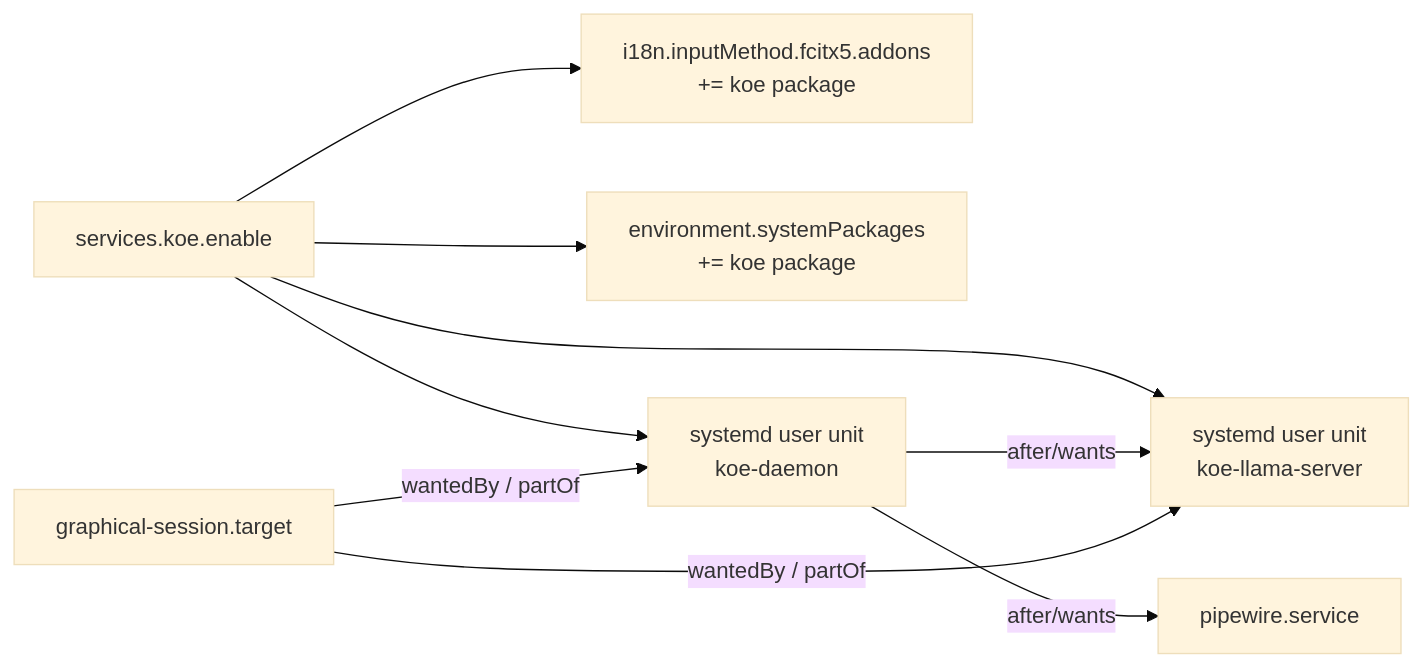
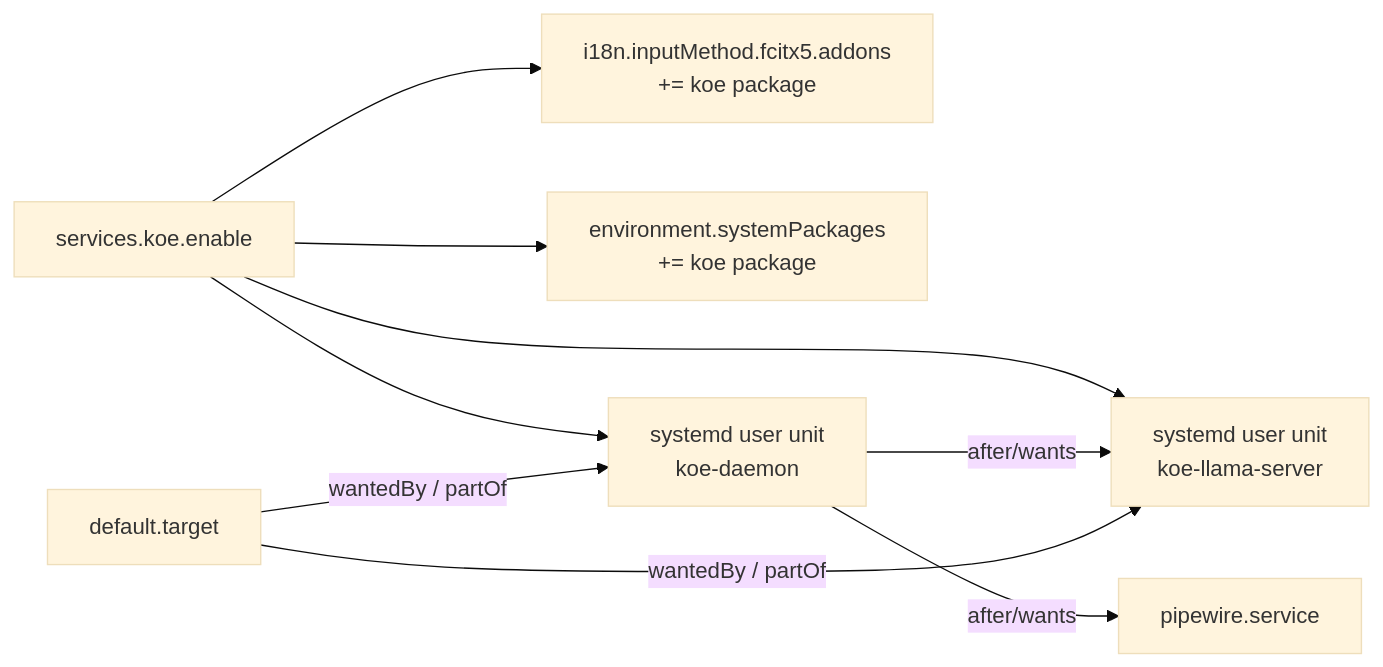
The second of 2 diagrams in docs/5-deployment.md (tuann04/fcitx5-koe), drawn with Mermaid (base theme) before and after one commit. The commit also changed 11 other files, not shown here.

Commit message:
Release 0.1.1: user units follow default.target, start on every login

````diff
--- a/docs/5-deployment.md
+++ b/docs/5-deployment.md
@@ -73,11 +73,11 @@
 ```mermaid
 flowchart LR
     M["services.koe.enable"] --> AD["i18n.inputMethod.fcitx5.addons<br/>+= koe package"]
     M --> SP["environment.systemPackages<br/>+= koe package"]
     M --> U1["systemd user unit<br/>koe-llama-server"]
     M --> U2["systemd user unit<br/>koe-daemon"]
     U2 -- "after/wants" --> U1
     U2 -- "after/wants" --> PWS["pipewire.service"]
-    GS["graphical-session.target"] -- "wantedBy / partOf" --> U1
-    GS -- "wantedBy / partOf" --> U2
+    DT["default.target"] -- "wantedBy / partOf" --> U1
+    DT -- "wantedBy / partOf" --> U2
 ```
````
